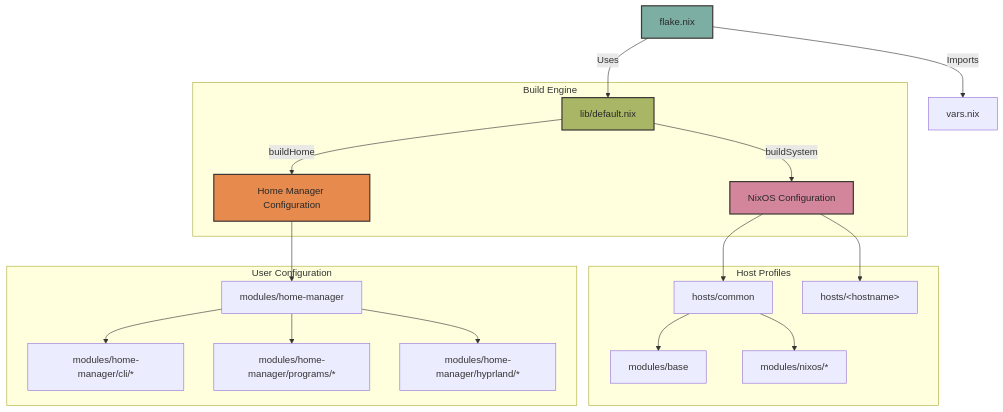
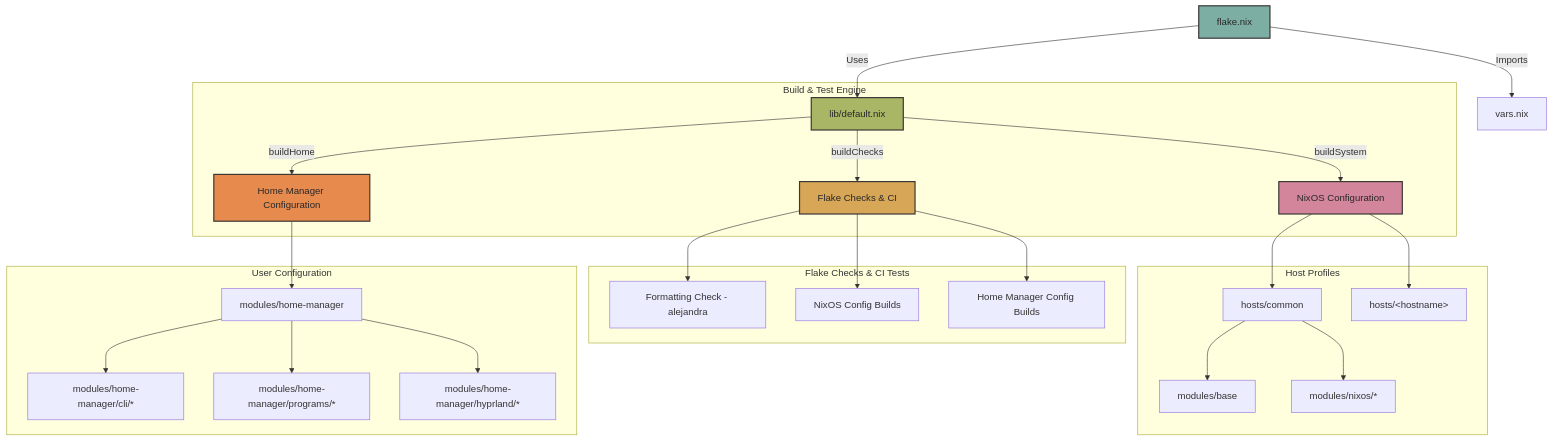
One commit to thiagokimo/nix-config changed the diagram in README.md. Above: the diagram before and after it, drawn with Mermaid. The commit also changed other lines of this file and 3 other files, not shown here.

Commit message:
Build checks

````diff
--- a/README.md
+++ b/README.md
@@ -61,29 +61,37 @@
 ```mermaid
 graph TD
     Flake[flake.nix] -->|Imports| Vars[vars.nix]
     Flake -->|Uses| Lib[lib/default.nix]
     
-    subgraph Build Engine
+    subgraph Build & Test Engine
         Lib -->|buildSystem| NixOS[NixOS Configuration]
         Lib -->|buildHome| HomeM[Home Manager Configuration]
+        Lib -->|buildChecks| Checks[Flake Checks & CI]
+    end
+
+    subgraph Flake Checks & CI Tests
+        Checks --> Formatting[Formatting Check - alejandra]
+        Checks --> NixOSChecks[NixOS Config Builds]
+        Checks --> HomeChecks[Home Manager Config Builds]
     end
 
     subgraph Host Profiles
         NixOS --> HostsCommon[hosts/common]
         NixOS --> HostSpecific[hosts/&lthostname&gt]
         HostsCommon --> BaseModule[modules/base]
         HostsCommon --> NixosModules[modules/nixos/*]
     end
 
     subgraph User Configuration
         HomeM --> HomeManagerBase[modules/home-manager]
         HomeManagerBase --> CLI[modules/home-manager/cli/*]
         HomeManagerBase --> Programs[modules/home-manager/programs/*]
         HomeManagerBase --> Hyprland[modules/home-manager/hyprland/*]
     end
 
     style Flake fill:#7daea3,stroke:#3c3836,stroke-width:2px,color:#282828
     style Lib fill:#a9b665,stroke:#3c3836,stroke-width:2px,color:#282828
     style NixOS fill:#d3869b,stroke:#3c3836,stroke-width:2px,color:#282828
     style HomeM fill:#e78a4e,stroke:#3c3836,stroke-width:2px,color:#282828
+    style Checks fill:#d8a657,stroke:#3c3836,stroke-width:2px,color:#282828
 ```
````
